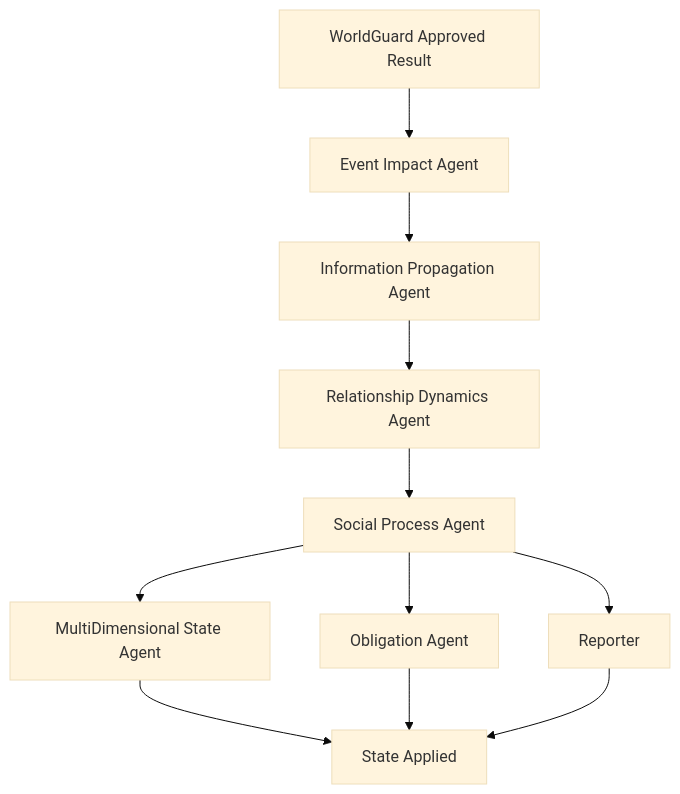
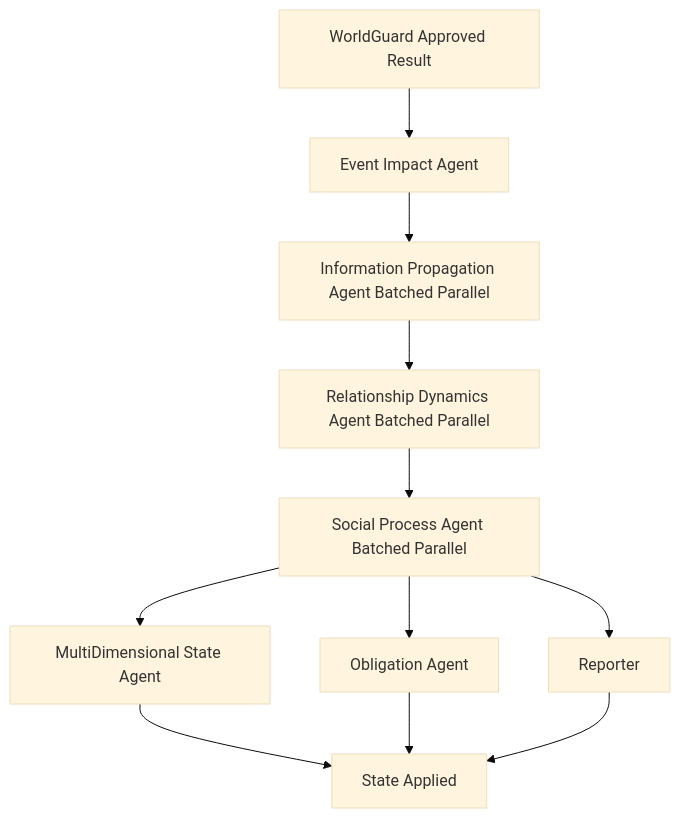
The fourth of 5 diagrams in README.en.md (Whom001x/agentbox-town), drawn with Mermaid (base theme) before and after one commit. The commit also changed other lines of this file and 1 other file, not shown here.

````diff
--- a/README.en.md
+++ b/README.en.md
@@ -68,13 +94,13 @@
 ```mermaid
 flowchart TD
   A[WorldGuard Approved Result] --> B[Event Impact Agent]
-  B --> C[Information Propagation Agent]
-  C --> D[Relationship Dynamics Agent]
-  D --> E[Social Process Agent]
+  B --> C[Information Propagation Agent Batched Parallel]
+  C --> D[Relationship Dynamics Agent Batched Parallel]
+  D --> E[Social Process Agent Batched Parallel]
   E --> F[MultiDimensional State Agent]
   E --> G[Obligation Agent]
   E --> H[Reporter]
   F --> I[State Applied]
   G --> I
   H --> I
 ```
````
